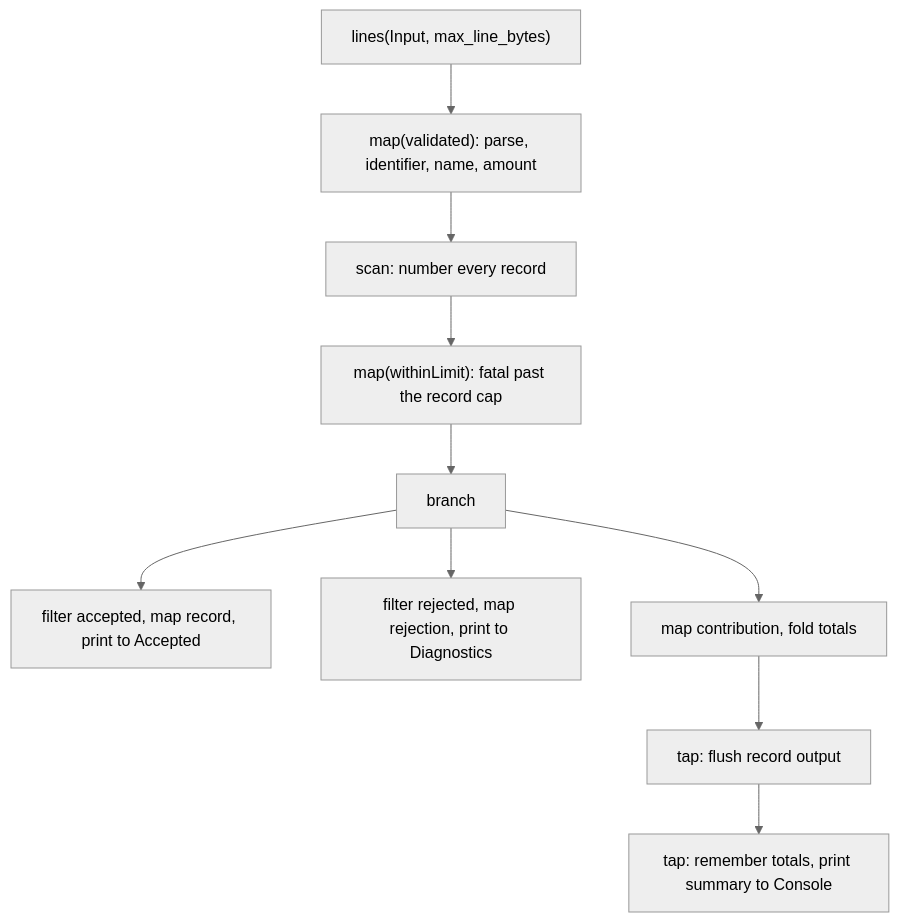
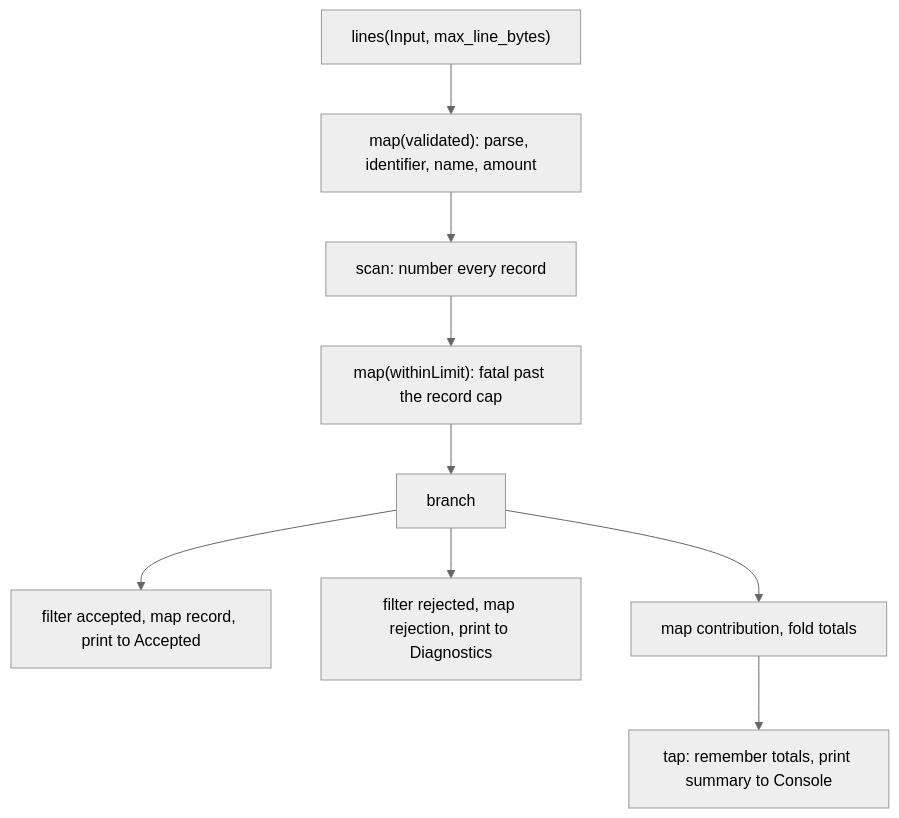
The diagram in examples/apps/record-processor/README.md (aleksaelezovic/zrx), drawn with Mermaid (neutral theme) before and after one commit. The commit also changed other lines of this file and 32 other files, not shown here.

````diff
--- a/examples/apps/record-processor/README.md
+++ b/examples/apps/record-processor/README.md
@@ -37,12 +37,11 @@
 ```mermaid
 flowchart TD
     L["lines(Input, max_line_bytes)"] --> V["map(validated): parse, identifier, name, amount"]
     V --> N["scan: number every record"]
     N --> M["map(withinLimit): fatal past the record cap"]
     M --> B["branch"]
     B --> A["filter accepted, map record, print to Accepted"]
     B --> R["filter rejected, map rejection, print to Diagnostics"]
     B --> T["map contribution, fold totals"]
-    T --> F["tap: flush record output"]
-    F --> S["tap: remember totals, print summary to Console"]
+    T --> S["tap: remember totals, print summary to Console"]
 ```
````
